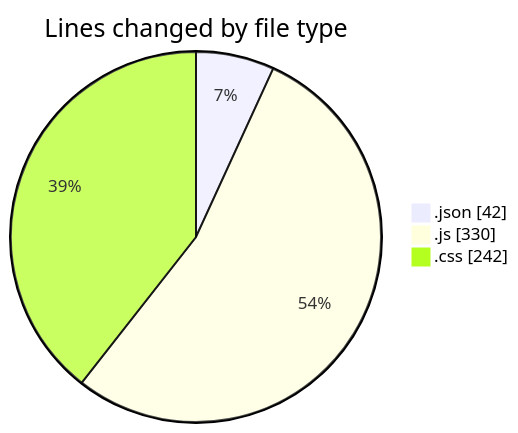
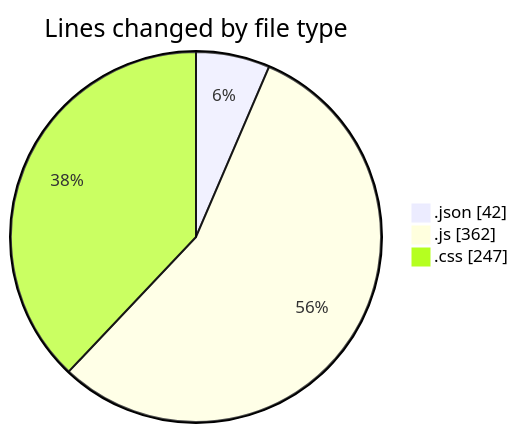
Before and after one commit to lephambinh05/code-tracking: the first of 2 diagrams in 2025-09-16/quytuthien_vn/README.md, drawn with Mermaid. The commit also changed other lines of this file and 1 other file, not shown here.

````diff
--- a/2025-09-16/quytuthien_vn/README.md
+++ b/2025-09-16/quytuthien_vn/README.md
@@ -29,7 +29,7 @@
 ```mermaid
 pie showData
 title Lines changed by file type
 ".json" : 42
-".js" : 330
-".css" : 242
+".js" : 362
+".css" : 247
 ```
````
